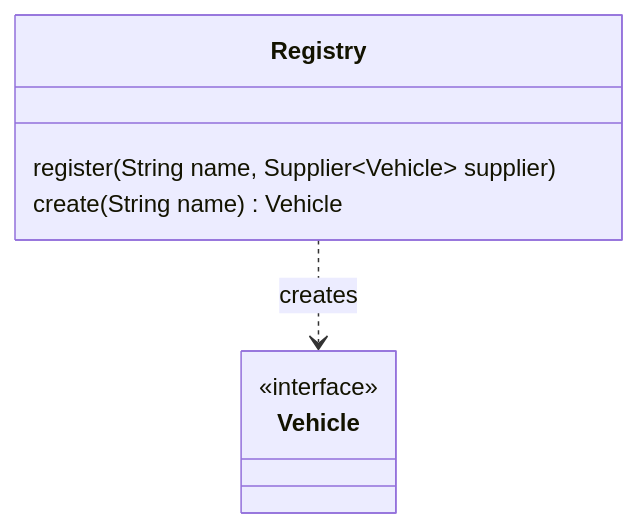
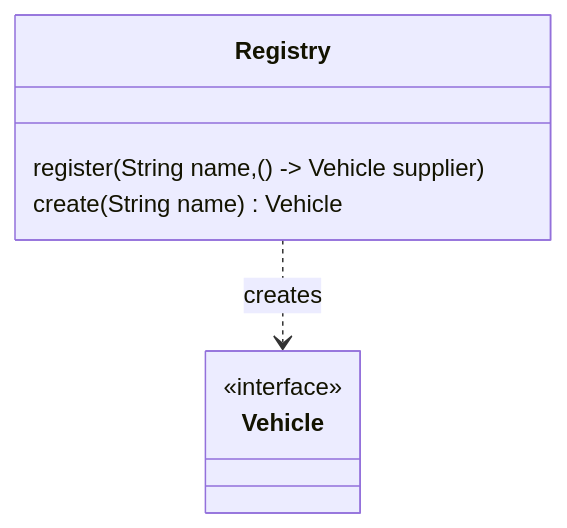
One commit to forax/design-pattern-reloaded changed the second of 2 diagrams in src/main/java/abstractfactory/README.md. Above: the diagram before and after it, drawn with Mermaid.

Commit message:
use a function type in the UML class diagram

````diff
--- a/src/main/java/abstractfactory/README.md
+++ b/src/main/java/abstractfactory/README.md
@@ -83,11 +83,11 @@
 ```mermaid
 classDiagram
 class Registry {
-  register(String name, Supplier~Vehicle~ supplier)
+  register(String name, () -> Vehicle supplier)
   create(String name) Vehicle
 }
 class Vehicle {
   <<interface>>
 }
 Registry ..> Vehicle : creates
 ```
````
